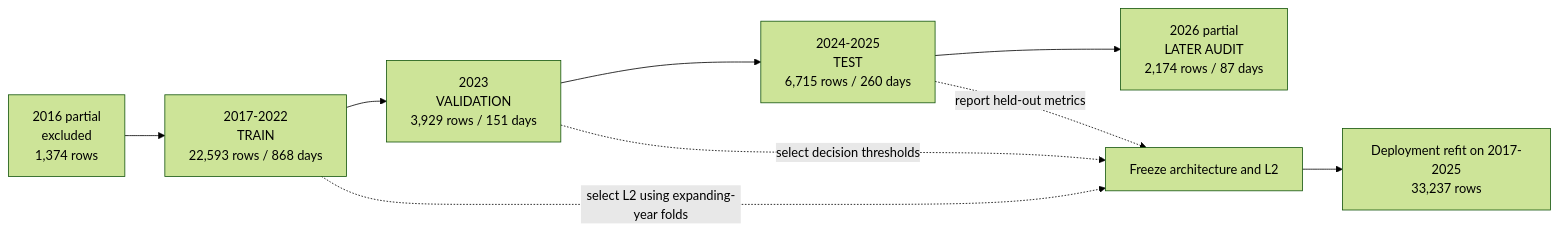
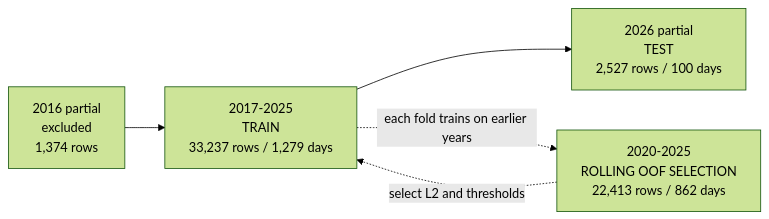
The third of 3 diagrams in Data.md (tcapelle/pioupiou), drawn with Mermaid (forest theme) before and after one commit. The commit also changed other lines of this file and 10 other files, not shown here.

Commit message:
Train through 2025 and test on 2026

````diff
--- a/Data.md
+++ b/Data.md
@@ -114,14 +120,11 @@
 ```mermaid
 flowchart LR
     Y16["2016 partial<br/>excluded<br/>1,374 rows"]
-    TR["2017-2022<br/>TRAIN<br/>22,593 rows / 868 days"]
-    VA["2023<br/>VALIDATION<br/>3,929 rows / 151 days"]
-    TE["2024-2025<br/>TEST<br/>6,715 rows / 260 days"]
-    AU["2026 partial<br/>LATER AUDIT<br/>2,174 rows / 87 days"]
+    TR["2017-2025<br/>TRAIN<br/>33,237 rows / 1,279 days"]
+    CV["2020-2025<br/>ROLLING OOF SELECTION<br/>22,413 rows / 862 days"]
+    TE["2026 partial<br/>TEST<br/>2,527 rows / 100 days"]
 
-    Y16 --> TR --> VA --> TE --> AU
-    TR -. "select L2 using expanding-year folds" .-> SEL["Freeze architecture and L2"]
-    VA -. "select decision thresholds" .-> SEL
-    TE -. "report held-out metrics" .-> SEL
-    SEL --> REFIT["Deployment refit on 2017-2025<br/>33,237 rows"]
+    Y16 --> TR --> TE
+    TR -. "each fold trains on earlier years" .-> CV
+    CV -. "select L2 and thresholds" .-> TR
 ```
````
